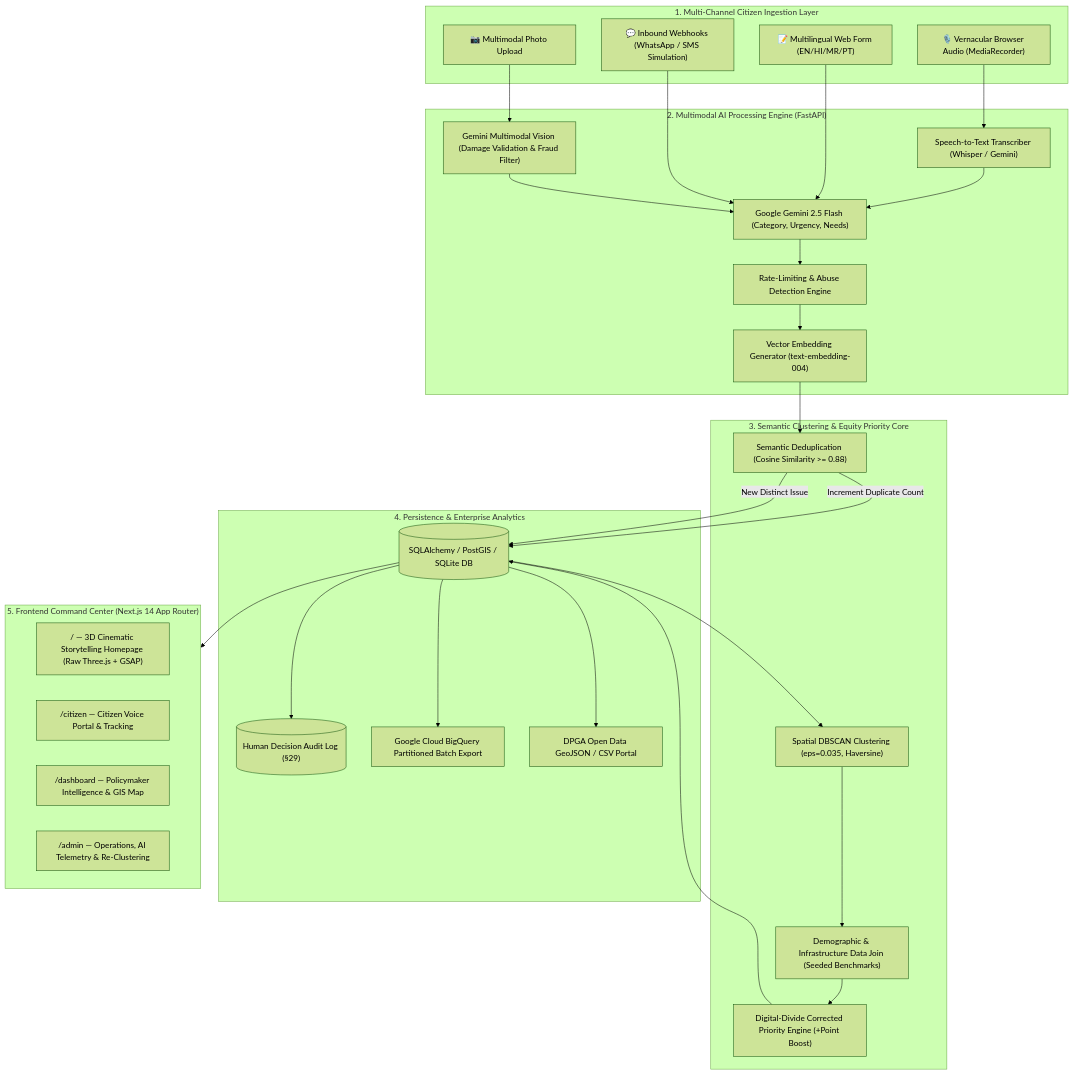
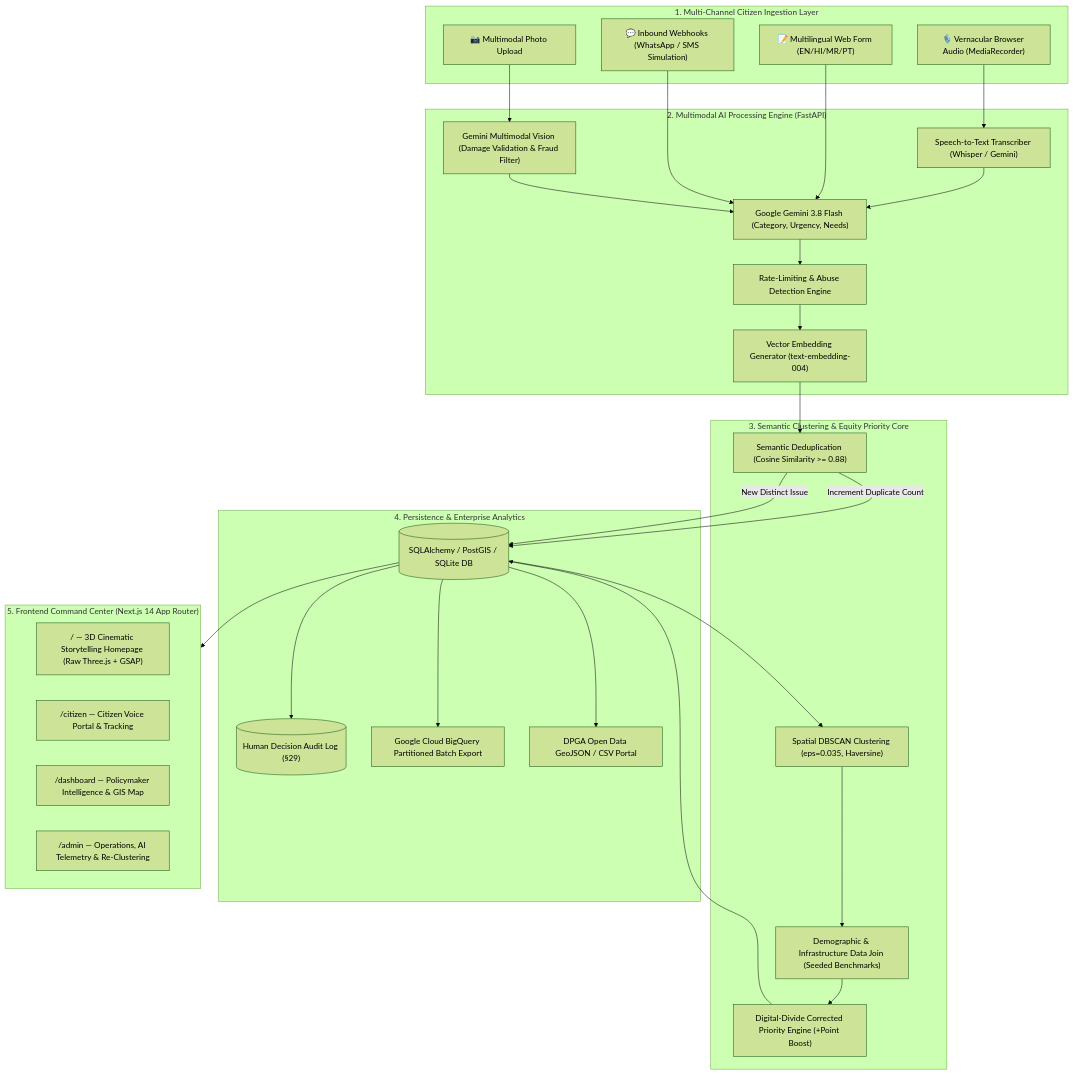
Before and after one commit to leo-leo-691/civicpulse-ai: the diagram in README.md, drawn with Mermaid (forest theme). The commit also changed other lines of this file and 10 other files, not shown here.

````diff
--- a/README.md
+++ b/README.md
@@ -36,58 +36,58 @@
 ```mermaid
 flowchart TD
     %% Citizen Ingestion Channels
     subgraph Ingestion["1. Multi-Channel Citizen Ingestion Layer"]
         Voice["🎙️ Vernacular Browser Audio (MediaRecorder)"]
         Text["📝 Multilingual Web Form (EN/HI/MR/PT)"]
         Msg["💬 Inbound Webhooks (WhatsApp / SMS Simulation)"]
         Vision["📷 Multimodal Photo Upload"]
     end
 
     %% AI Ingestion & Analysis Engine
     subgraph AIEngine["2. Multimodal AI Processing Engine (FastAPI)"]
         STT["Speech-to-Text Transcriber (Whisper / Gemini)"]
-        GeminiLLM["Google Gemini 2.5 Flash (Category, Urgency, Needs)"]
+        GeminiLLM["Google Gemini 3.8 Flash (Category, Urgency, Needs)"]
         GeminiVision["Gemini Multimodal Vision (Damage Validation & Fraud Filter)"]
         Embedder["Vector Embedding Generator (text-embedding-004)"]
         RateLimit["Rate-Limiting & Abuse Detection Engine"]
     end
 
     %% Clustering & Scoring
     subgraph AnalyticsEngine["3. Semantic Clustering & Equity Priority Core"]
         Dedup["Semantic Deduplication (Cosine Similarity >= 0.88)"]
         DBSCAN["Spatial DBSCAN Clustering (eps=0.035, Haversine)"]
         CensusJoin["Demographic & Infrastructure Data Join (Seeded Benchmarks)"]
         PriorityFormula["Digital-Divide Corrected Priority Engine (+Point Boost)"]
     end
 
     %% Storage & Analytics
     subgraph StorageLayer["4. Persistence & Enterprise Analytics"]
         DB[("SQLAlchemy / PostGIS / SQLite DB")]
         AuditLog[("Human Decision Audit Log (§29)")]
         BigQuery["Google Cloud BigQuery Partitioned Batch Export"]
         OpenData["DPGA Open Data GeoJSON / CSV Portal"]
     end
 
     %% Frontend Command Center
     subgraph Frontend["5. Frontend Command Center (Next.js 14 App Router)"]
         Story["/ — 3D Cinematic Storytelling Homepage (Raw Three.js + GSAP)"]
         CitizenPortal["/citizen — Citizen Voice Portal & Tracking"]
         Dashboard["/dashboard — Policymaker Intelligence & GIS Map"]
         AdminConsole["/admin — Operations, AI Telemetry & Re-Clustering"]
     end
 
     %% Connections
     Voice --> STT --> GeminiLLM
     Text --> GeminiLLM
     Msg --> GeminiLLM
     Vision --> GeminiVision --> GeminiLLM
     GeminiLLM --> RateLimit --> Embedder
     Embedder --> Dedup
     Dedup -->|Increment Duplicate Count| DB
     Dedup -->|New Distinct Issue| DB
     DB --> DBSCAN --> CensusJoin --> PriorityFormula --> DB
     DB --> AuditLog
     DB --> BigQuery
     DB --> OpenData
     DB --> Frontend
 ```
````
